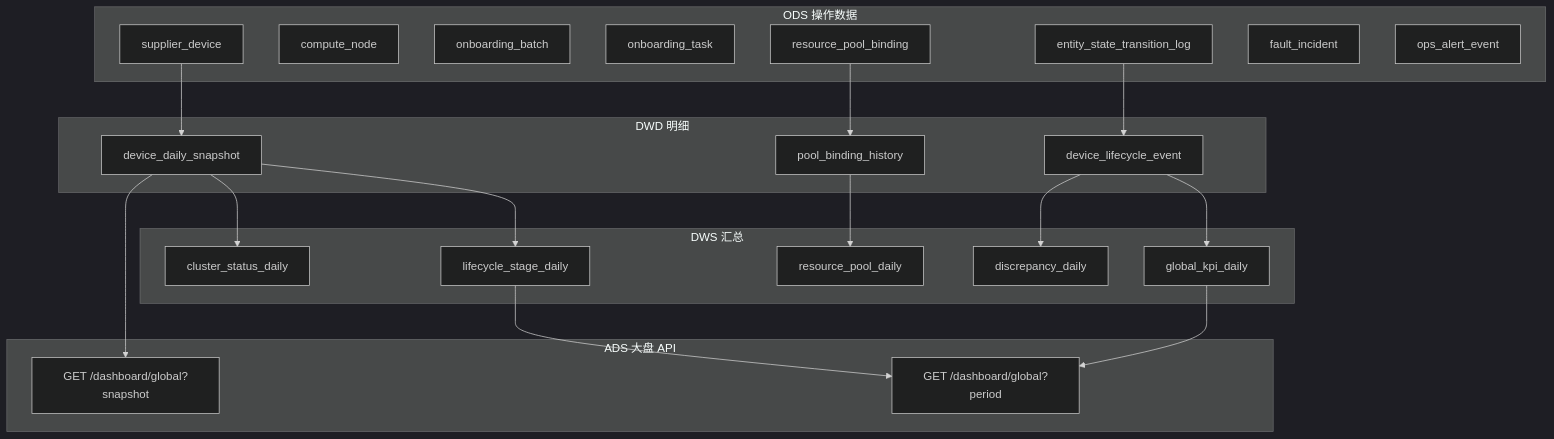
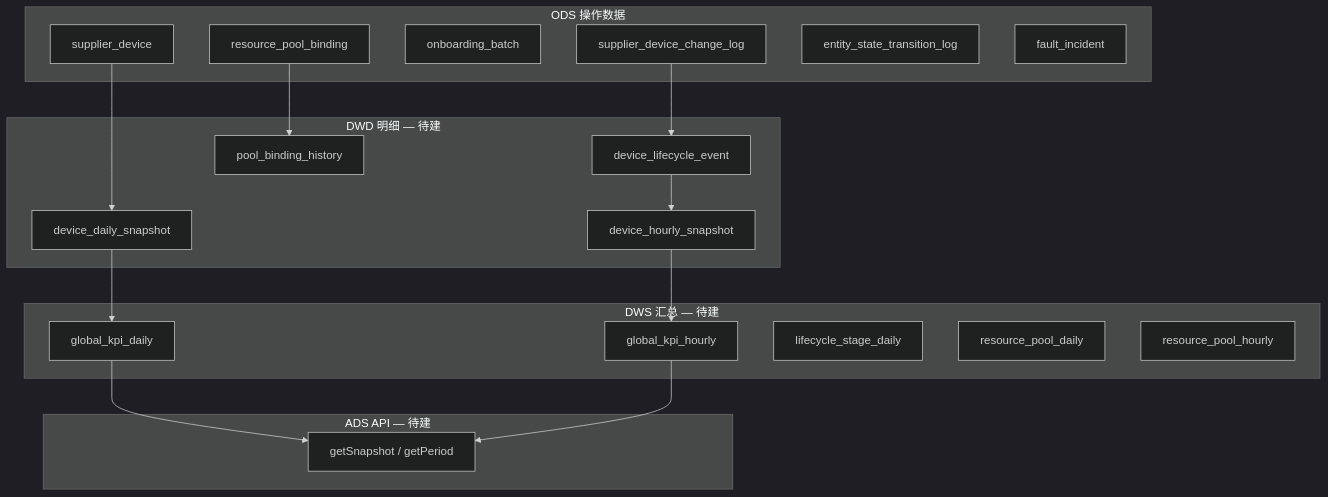
One commit to metacode0602/opencomfy-hub changed the diagram in apps/web/content/design/global-dashboard-period-analytics.md. Above: the diagram before and after it, drawn with Mermaid (dark theme). The commit also changed other lines of this file and 30 other files, not shown here.

````diff
--- a/apps/web/content/design/global-dashboard-period-analytics.md
+++ b/apps/web/content/design/global-dashboard-period-analytics.md
@@ -123,44 +157,39 @@
 ```mermaid
 flowchart TB
   subgraph ODS["ODS 操作数据"]
     DEV[supplier_device]
-    NODE[compute_node]
+    CL[supplier_device_change_log]
     BATCH[onboarding_batch]
-    TASK[onboarding_task]
     POOL[resource_pool_binding]
     LOG[entity_state_transition_log]
     FAULT[fault_incident]
-    ALERT[ops_alert_event]
   end
 
-  subgraph DWD["DWD 明细"]
+  subgraph DWD["DWD 明细 — 待建"]
     EVT[device_lifecycle_event]
-    SNAP[device_daily_snapshot]
+    SNAP_D[device_daily_snapshot]
+    SNAP_H[device_hourly_snapshot]
     POOL_HIST[pool_binding_history]
   end
 
-  subgraph DWS["DWS 汇总"]
-    DAILY_KPI[global_kpi_daily]
-    STAGE_FLOW[lifecycle_stage_daily]
+  subgraph DWS["DWS 汇总 — 待建"]
+    KPI_D[global_kpi_daily]
+    KPI_H[global_kpi_hourly]
+    STAGE_D[lifecycle_stage_daily]
     POOL_D[resource_pool_daily]
-    CLUSTER_D[cluster_status_daily]
-    DISC_D[discrepancy_daily]
+    POOL_H[resource_pool_hourly]
   end
 
-  subgraph ADS["ADS 大盘 API"]
-    API_SNAP[GET /dashboard/global?snapshot]
-    API_PERIOD[GET /dashboard/global?period]
+  subgraph ADS["ADS API — 待建"]
+    API[getSnapshot / getPeriod]
   end
 
-  LOG --> EVT
-  DEV --> SNAP
+  CL --> EVT
+  DEV --> SNAP_D
+  EVT --> SNAP_H
   POOL --> POOL_HIST
-  EVT --> DAILY_KPI
-  SNAP --> STAGE_FLOW
-  POOL_HIST --> POOL_D
-  SNAP --> CLUSTER_D
-  EVT --> DISC_D
-  DAILY_KPI --> API_PERIOD
-  STAGE_FLOW --> API_PERIOD
-  SNAP --> API_SNAP
+  SNAP_D --> KPI_D
+  SNAP_H --> KPI_H
+  KPI_D --> API
+  KPI_H --> API
 ```
````
